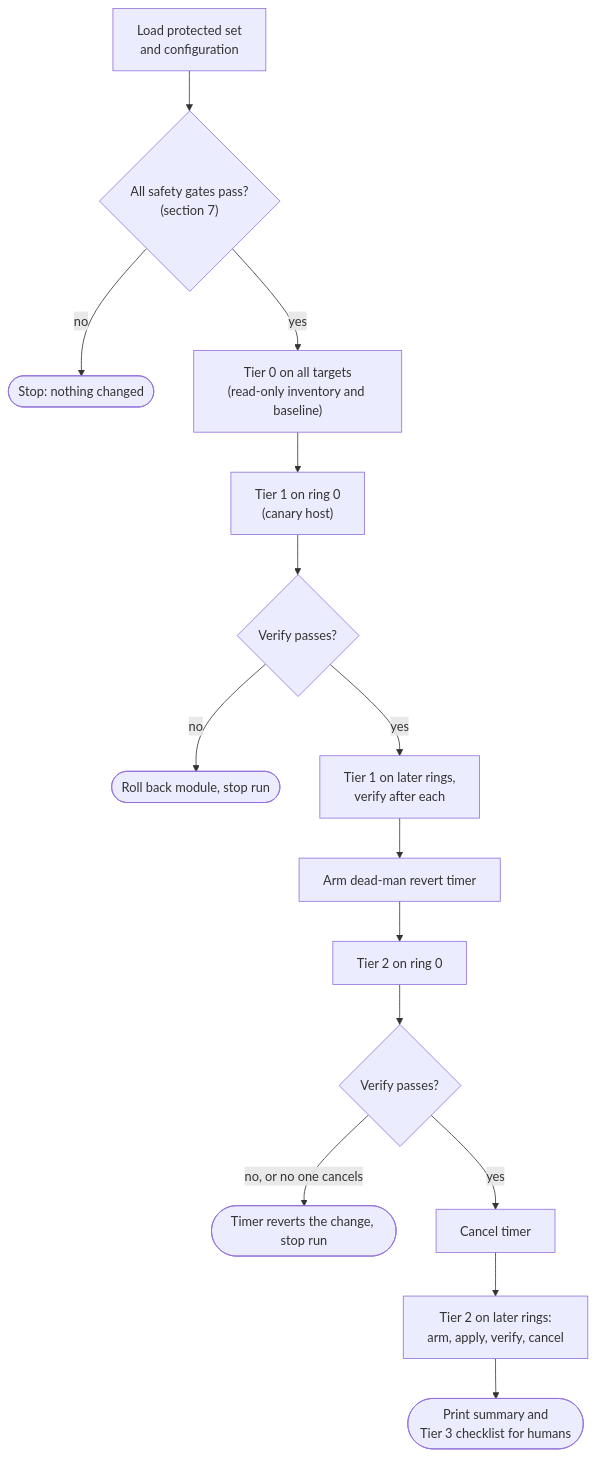
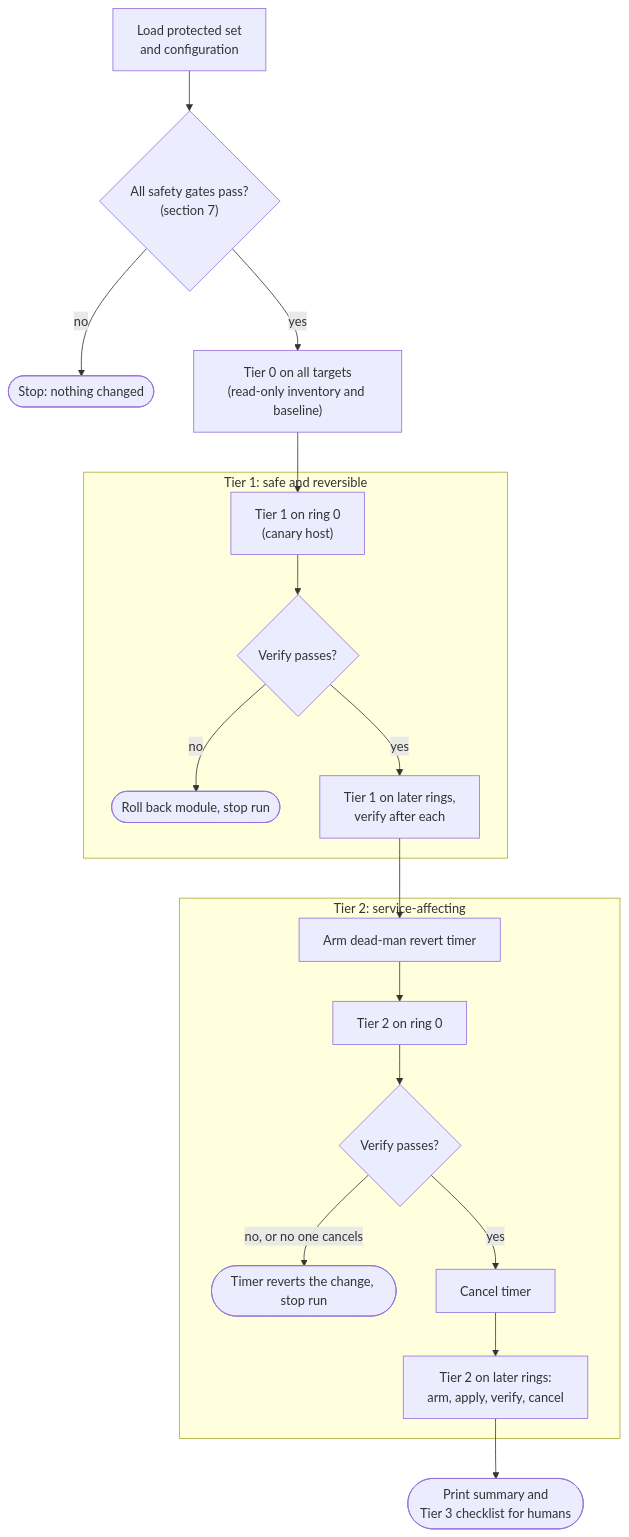
One commit to dotnetdork/Labyrinth changed the second of 2 diagrams in docs/design/01-Lockout-Panic-Button.md. Above: the diagram before and after it, drawn with Mermaid. The commit also changed other lines of this file and 6 other files, not shown here.

First line of the commit message:
Improve and add Mermaid diagrams

````diff
--- a/docs/design/01-Lockout-Panic-Button.md
+++ b/docs/design/01-Lockout-Panic-Button.md
@@ -77,13 +75,19 @@
 ```mermaid
 flowchart TD
     PS["Load protected set<br/>and configuration"] --> GATES{"All safety gates pass?<br/>(section 7)"}
     GATES -->|no| STOP(["Stop: nothing changed"])
     GATES -->|yes| T0["Tier 0 on all targets<br/>(read-only inventory and baseline)"]
-    T0 --> T1C["Tier 1 on ring 0<br/>(canary host)"] --> V1{"Verify passes?"}
-    V1 -->|no| RB1(["Roll back module, stop run"])
-    V1 -->|yes| T1R["Tier 1 on later rings,<br/>verify after each"]
-    T1R --> ARM["Arm dead-man revert timer"] --> T2C["Tier 2 on ring 0"] --> V2{"Verify passes?"}
-    V2 -->|"no, or no one cancels"| REV(["Timer reverts the change, stop run"])
-    V2 -->|yes| CAN["Cancel timer"] --> T2R["Tier 2 on later rings:<br/>arm, apply, verify, cancel"]
+    subgraph tier1["Tier 1: safe and reversible"]
+        T1C["Tier 1 on ring 0<br/>(canary host)"] --> V1{"Verify passes?"}
+        V1 -->|no| RB1(["Roll back module, stop run"])
+        V1 -->|yes| T1R["Tier 1 on later rings,<br/>verify after each"]
+    end
+    subgraph tier2["Tier 2: service-affecting"]
+        ARM["Arm dead-man revert timer"] --> T2C["Tier 2 on ring 0"] --> V2{"Verify passes?"}
+        V2 -->|"no, or no one cancels"| REV(["Timer reverts the change, stop run"])
+        V2 -->|yes| CAN["Cancel timer"] --> T2R["Tier 2 on later rings:<br/>arm, apply, verify, cancel"]
+    end
+    T0 --> T1C
+    T1R --> ARM
     T2R --> OUT(["Print summary and<br/>Tier 3 checklist for humans"])
 ```
````
